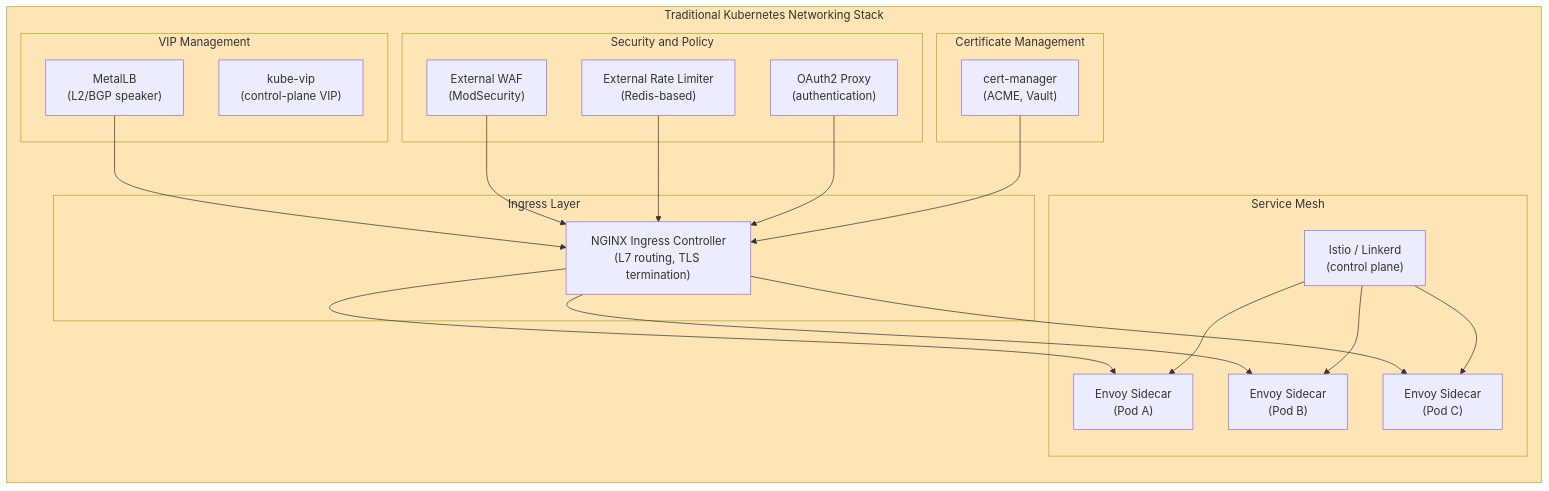
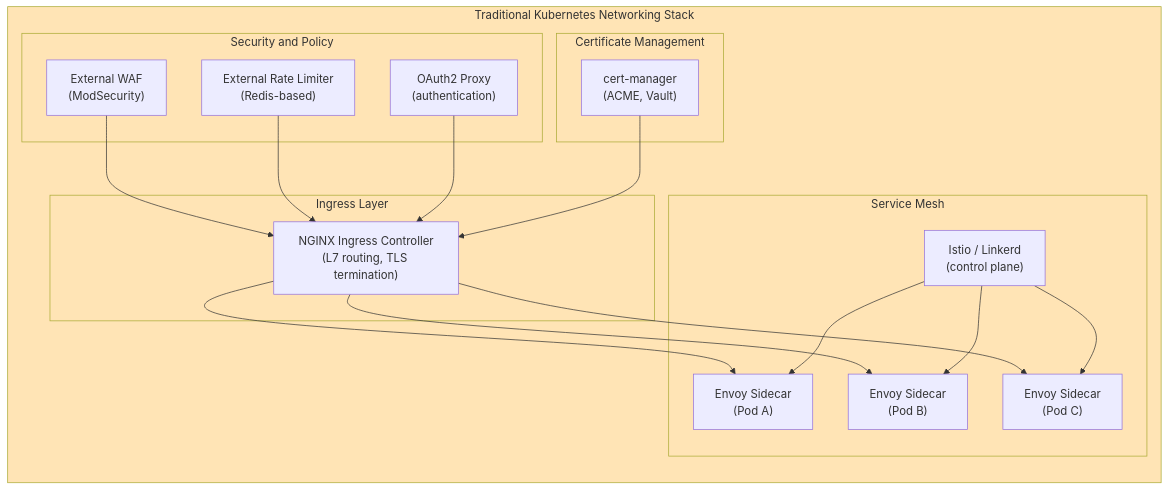
The first of 4 diagrams in docs/comparison.md (azrtydxb/novaedge), drawn with Mermaid before and after one commit. The commit also changed other lines of this file and 13 other files, not shown here.

Commit message:
Remove VIP/BGP/IPAM documentation

````diff
--- a/docs/comparison.md
+++ b/docs/comparison.md
@@ -13,51 +13,44 @@
 ```mermaid
 flowchart TB
     subgraph Before["Traditional Kubernetes Networking Stack"]
         direction TB
 
         subgraph Ingress["Ingress Layer"]
             NGINX["NGINX Ingress Controller<br/>(L7 routing, TLS termination)"]
         end
 
         subgraph Mesh["Service Mesh"]
             ISTIO["Istio / Linkerd<br/>(control plane)"]
             ENVOY1["Envoy Sidecar<br/>(Pod A)"]
             ENVOY2["Envoy Sidecar<br/>(Pod B)"]
             ENVOY3["Envoy Sidecar<br/>(Pod C)"]
-        end
-
-        subgraph VIP["VIP Management"]
-            METALLB["MetalLB<br/>(L2/BGP speaker)"]
-            KUBEVIP["kube-vip<br/>(control-plane VIP)"]
         end
 
         subgraph Security["Security and Policy"]
             WAF["External WAF<br/>(ModSecurity)"]
             RATELIMIT["External Rate Limiter<br/>(Redis-based)"]
             OAUTH["OAuth2 Proxy<br/>(authentication)"]
         end
 
         subgraph Certs["Certificate Management"]
             CERTMGR["cert-manager<br/>(ACME, Vault)"]
         end
     end
 
     NGINX --> ENVOY1
     NGINX --> ENVOY2
     NGINX --> ENVOY3
     ISTIO --> ENVOY1
     ISTIO --> ENVOY2
     ISTIO --> ENVOY3
-    METALLB --> NGINX
     WAF --> NGINX
     RATELIMIT --> NGINX
     OAUTH --> NGINX
     CERTMGR --> NGINX
 
     style Before fill:#FFE4B5
     style Ingress fill:#FFE4B5
     style Mesh fill:#FFE4B5
-    style VIP fill:#FFE4B5
     style Security fill:#FFE4B5
     style Certs fill:#FFE4B5
 ```
````
